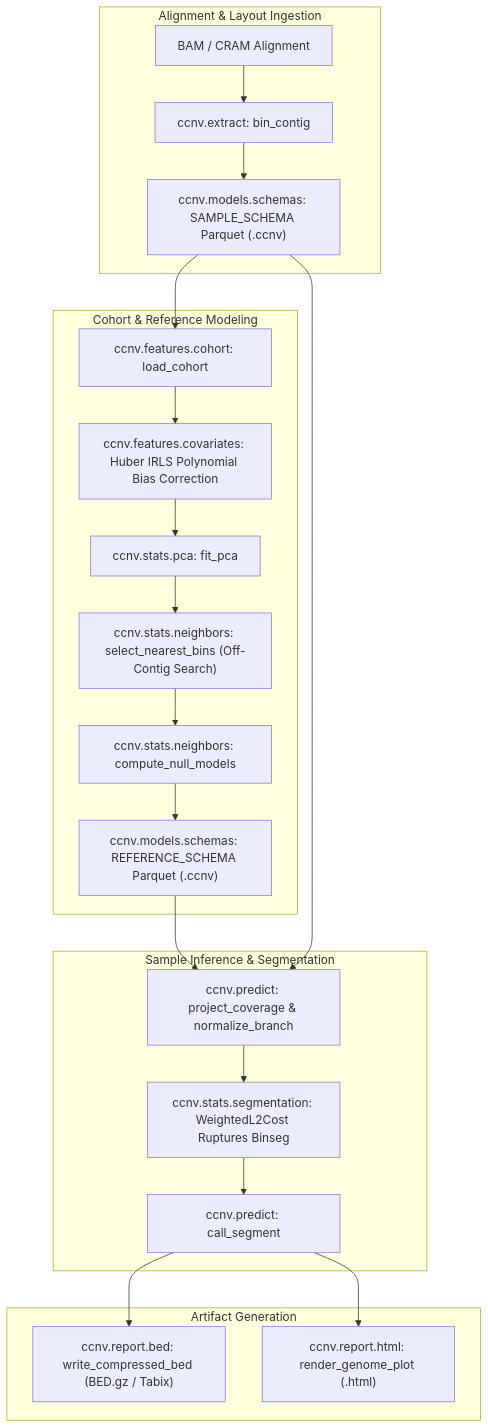
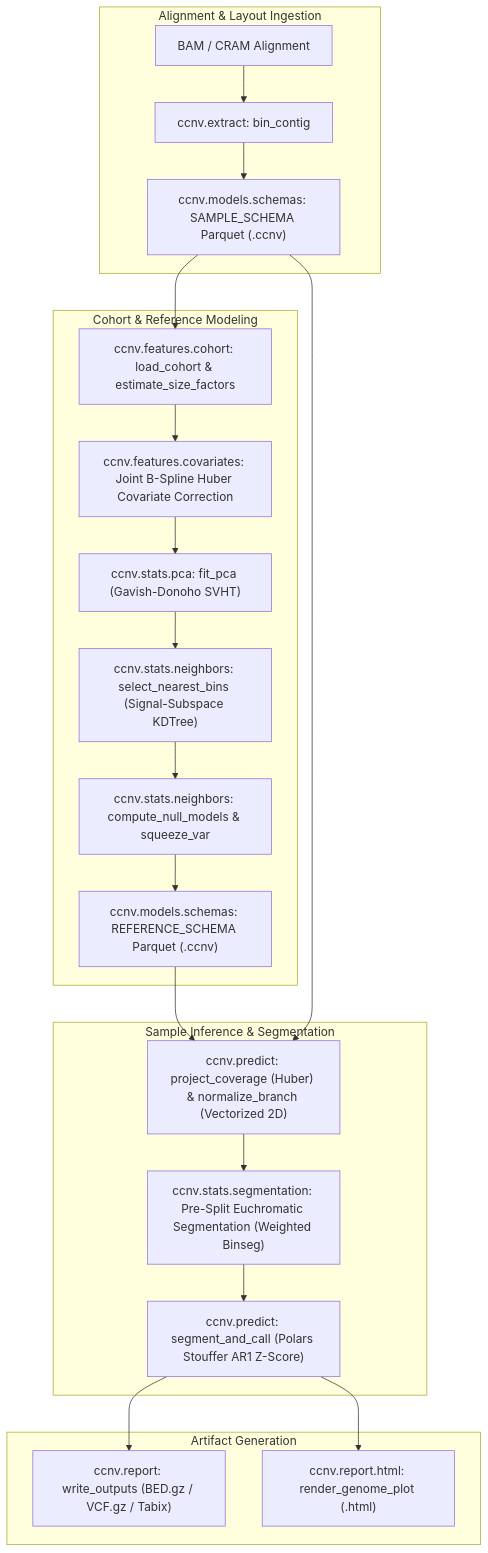
The diagram in src/ccnv/README.md (matthdsm/ccnv), drawn with Mermaid before and after one commit. The commit also changed other lines of this file and 47 other files, not shown here.

First line of the commit message:
feat: biostatistical soundness, scikit-learn models, Polars rebinning, and methodology overhaul (F1-F12) (#10)

````diff
--- a/src/ccnv/README.md
+++ b/src/ccnv/README.md
@@ -7,25 +7,25 @@
 ```mermaid
 flowchart TD
     subgraph Ingestion["Alignment & Layout Ingestion"]
         A["BAM / CRAM Alignment"] --> B["ccnv.extract: bin_contig"]
         B --> C["ccnv.models.schemas: SAMPLE_SCHEMA Parquet (.ccnv)"]
     end
     subgraph ReferenceModeling["Cohort & Reference Modeling"]
-        C --> D["ccnv.features.cohort: load_cohort"]
-        D --> E["ccnv.features.covariates: Huber IRLS Polynomial Bias Correction"]
-        E --> F["ccnv.stats.pca: fit_pca"]
-        F --> G["ccnv.stats.neighbors: select_nearest_bins (Off-Contig Search)"]
-        G --> H["ccnv.stats.neighbors: compute_null_models"]
+        C --> D["ccnv.features.cohort: load_cohort & estimate_size_factors"]
+        D --> E["ccnv.features.covariates: Joint B-Spline Huber Covariate Correction"]
+        E --> F["ccnv.stats.pca: fit_pca (Gavish-Donoho SVHT)"]
+        F --> G["ccnv.stats.neighbors: select_nearest_bins (Signal-Subspace KDTree)"]
+        G --> H["ccnv.stats.neighbors: compute_null_models & squeeze_var"]
         H --> I["ccnv.models.schemas: REFERENCE_SCHEMA Parquet (.ccnv)"]
     end
     subgraph Inference["Sample Inference & Segmentation"]
-        I --> J["ccnv.predict: project_coverage & normalize_branch"]
+        I --> J["ccnv.predict: project_coverage (Huber) & normalize_branch (Vectorized 2D)"]
         C --> J
-        J --> K["ccnv.stats.segmentation: WeightedL2Cost Ruptures Binseg"]
-        K --> L["ccnv.predict: call_segment"]
+        J --> K["ccnv.stats.segmentation: Pre-Split Euchromatic Segmentation (Weighted Binseg)"]
+        K --> L["ccnv.predict: segment_and_call (Polars Stouffer AR1 Z-Score)"]
     end
     subgraph Reporting["Artifact Generation"]
-        L --> M["ccnv.report.bed: write_compressed_bed (BED.gz / Tabix)"]
+        L --> M["ccnv.report: write_outputs (BED.gz / VCF.gz / Tabix)"]
         L --> N["ccnv.report.html: render_genome_plot (.html)"]
     end
 ```
````
